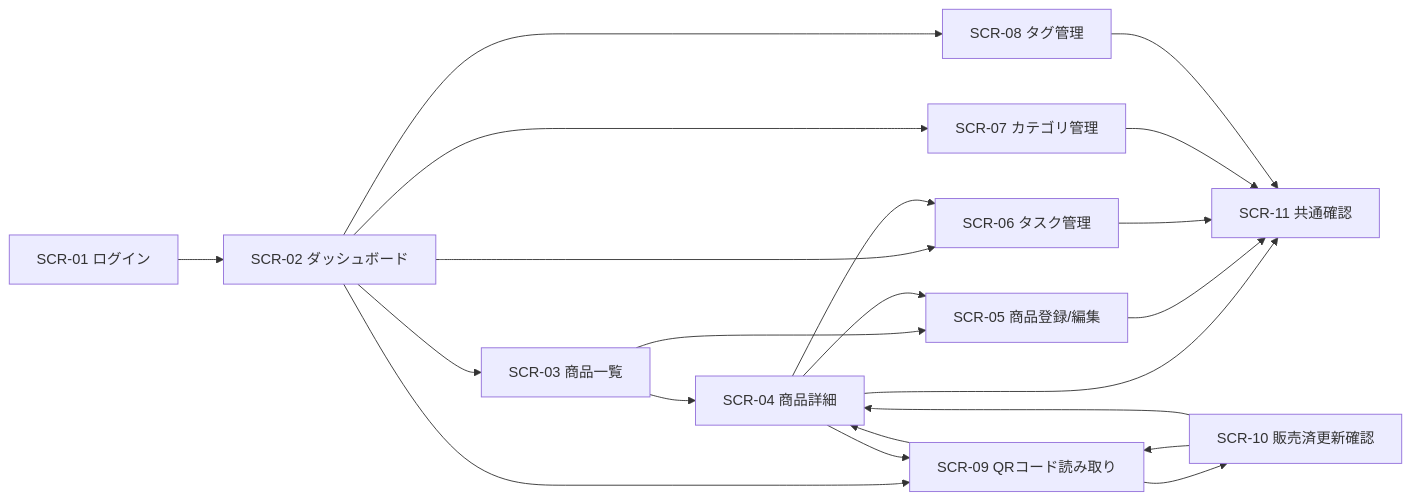
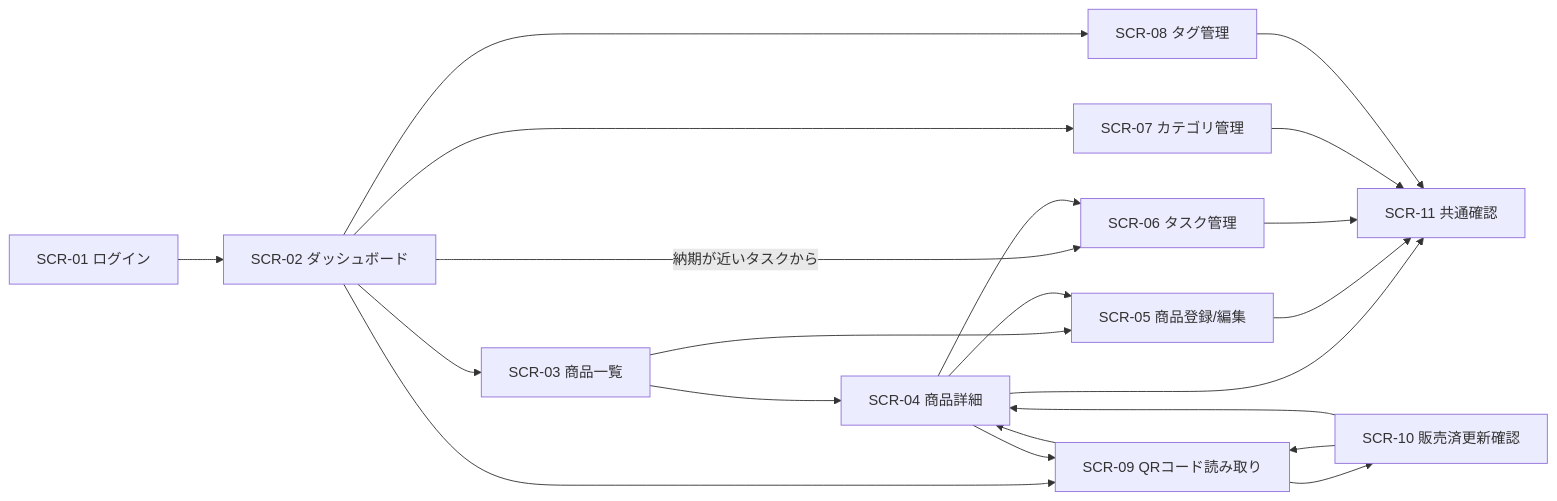
Before and after one commit to Cat5Dog2/Handmade_Item_Management: the diagram in docs/screen_design.md, drawn with Mermaid. The commit also changed other lines of this file and 9 other files, not shown here.

````diff
--- a/docs/screen_design.md
+++ b/docs/screen_design.md
@@ -126,26 +126,26 @@
 ```mermaid
 flowchart LR
     A[SCR-01 ログイン] --> B[SCR-02 ダッシュボード]
     B --> C[SCR-03 商品一覧]
-    B --> F[SCR-06 タスク管理]
+    B -->|納期が近いタスクから| F[SCR-06 タスク管理]
     B --> I[SCR-09 QRコード読み取り]
     B --> G[SCR-07 カテゴリ管理]
     B --> H[SCR-08 タグ管理]
 
     C --> D[SCR-04 商品詳細]
     C --> E[SCR-05 商品登録/編集]
 
     D --> E
     D --> F[SCR-06 タスク管理]
     D --> I
     D --> K[SCR-11 共通確認]
 
     E --> K
     F --> K
     G --> K
     H --> K
     I --> J[SCR-10 販売済更新確認]
     I --> D
     J --> I
     J --> D
 ```
````
